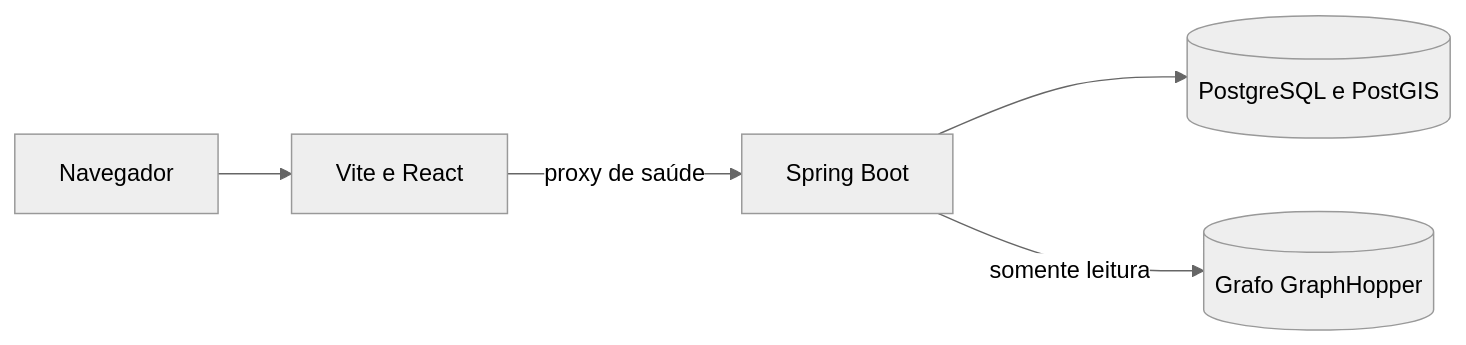
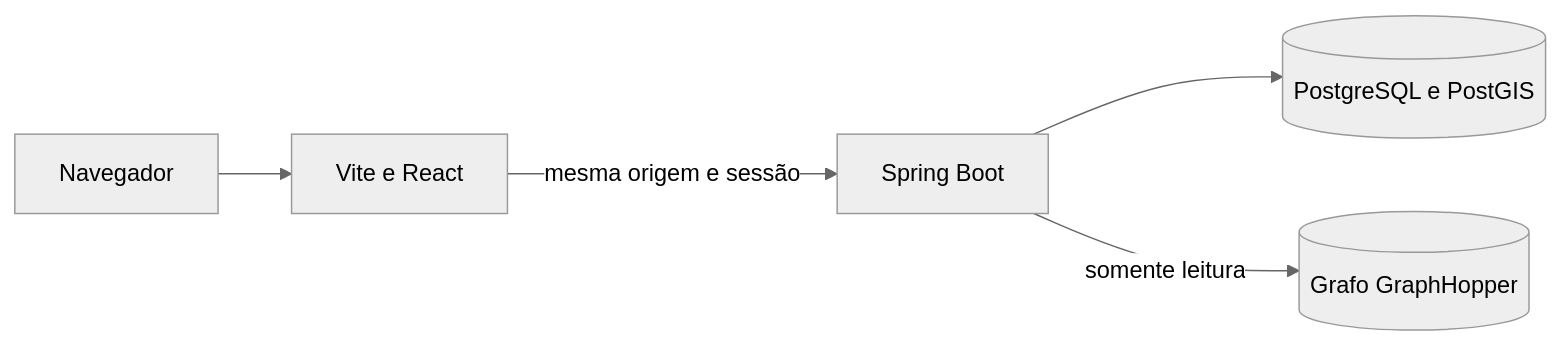
One commit to coder-gaia/BORA changed the first of 2 diagrams in docs/arquitetura.md. Above: the diagram before and after it, drawn with Mermaid (neutral theme). The commit also changed other lines of this file and 73 other files, not shown here.

````diff
--- a/docs/arquitetura.md
+++ b/docs/arquitetura.md
@@ -8,7 +9,7 @@
 ```mermaid
 flowchart LR
   Browser[Navegador] --> Web[Vite e React]
-  Web -->|proxy de saúde| API[Spring Boot]
+  Web -->|mesma origem e sessão| API[Spring Boot]
   API --> DB[(PostgreSQL e PostGIS)]
   API -->|somente leitura| Graph[(Grafo GraphHopper)]
 ```
````
